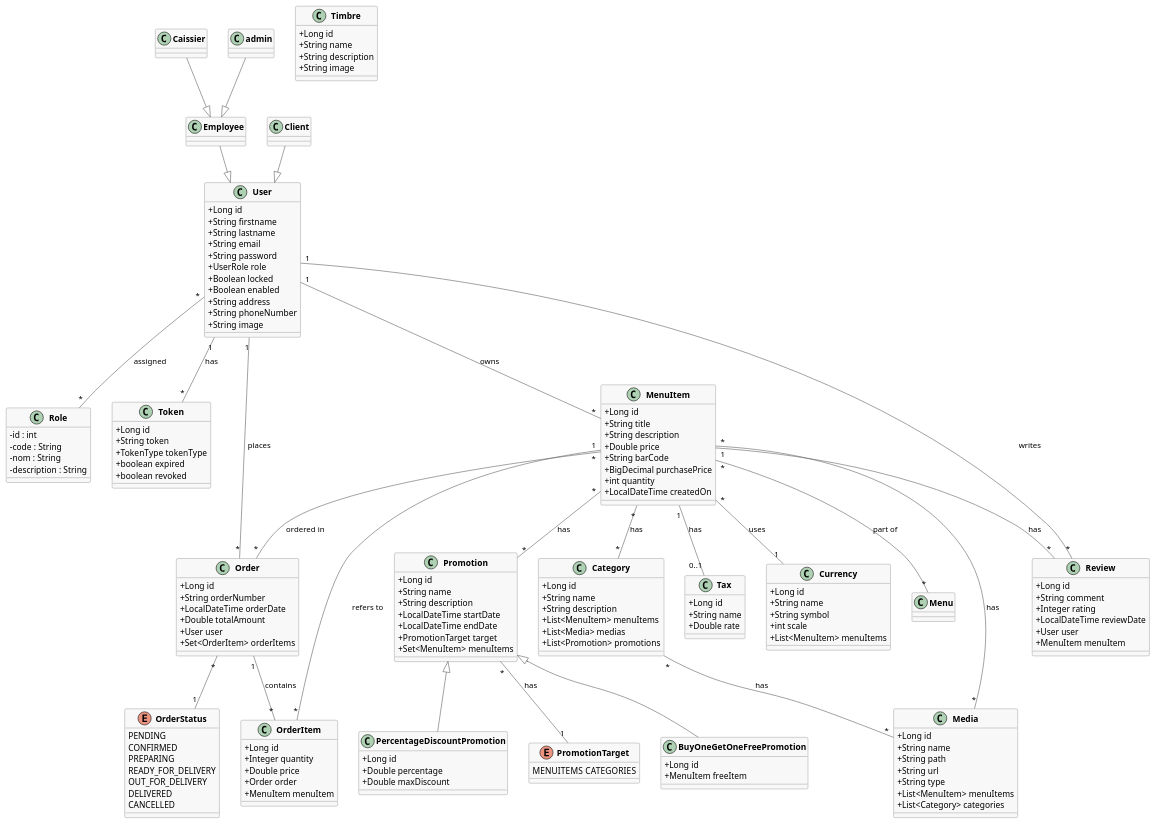
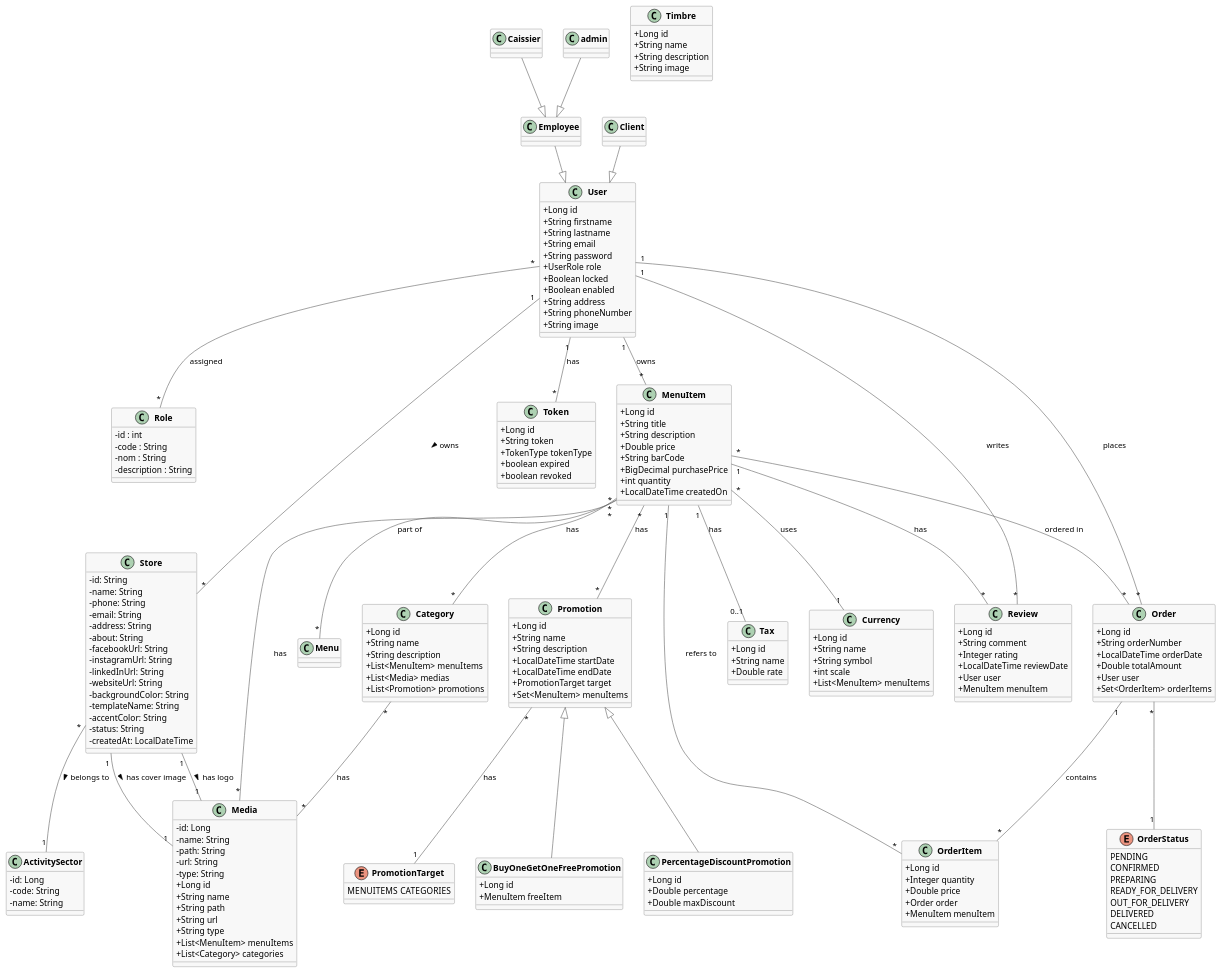
One commit to mohamed-hwerthi/Back-end-e-commerce-restau changed the diagram in src/main/uml/uml.puml. Above: the diagram before and after it, drawn with PlantUML. The commit also changed 39 other files, not shown here.

```diff
--- a/src/main/uml/uml.puml
+++ b/src/main/uml/uml.puml
@@ -7,6 +7,10 @@
 skinparam classBorderColor #666666
 skinparam arrowColor #666666
 skinparam shadowing false
+
+
+
+
 
 class User {
   +Long id
@@ -43,6 +47,44 @@
   - nom : String
   - description : String
 }
+
+class Store {
+  - id: String
+  - name: String
+  - phone: String
+  - email: String
+  - address: String
+  - about: String
+  - facebookUrl: String
+  - instagramUrl: String
+  - linkedInUrl: String
+  - websiteUrl: String
+  - backgroundColor: String
+  - templateName: String
+  - accentColor: String
+  - status: String
+  - createdAt: LocalDateTime
+}
+
+class Media {
+  - id: Long
+  - name: String
+  - path: String
+  - url: String
+  - type: String
+}
+
+class ActivitySector {
+  - id: Long
+  - code: String
+  - name: String
+}
+
+' Relationships
+User "1" -- "*" Store : owns >
+Store "*" -- "1" ActivitySector : belongs to >
+Store "1" -- "1" Media : has logo >
+Store "1" -- "1" Media : has cover image >
 
 class Token {
   +Long id
```
